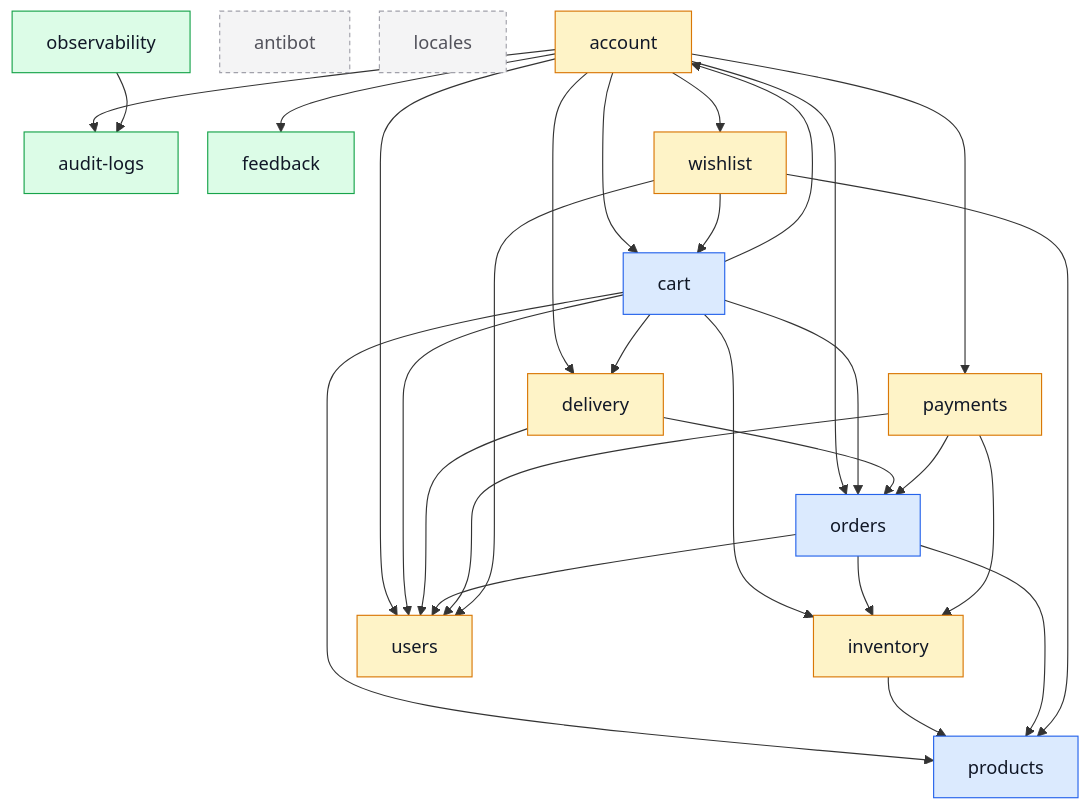
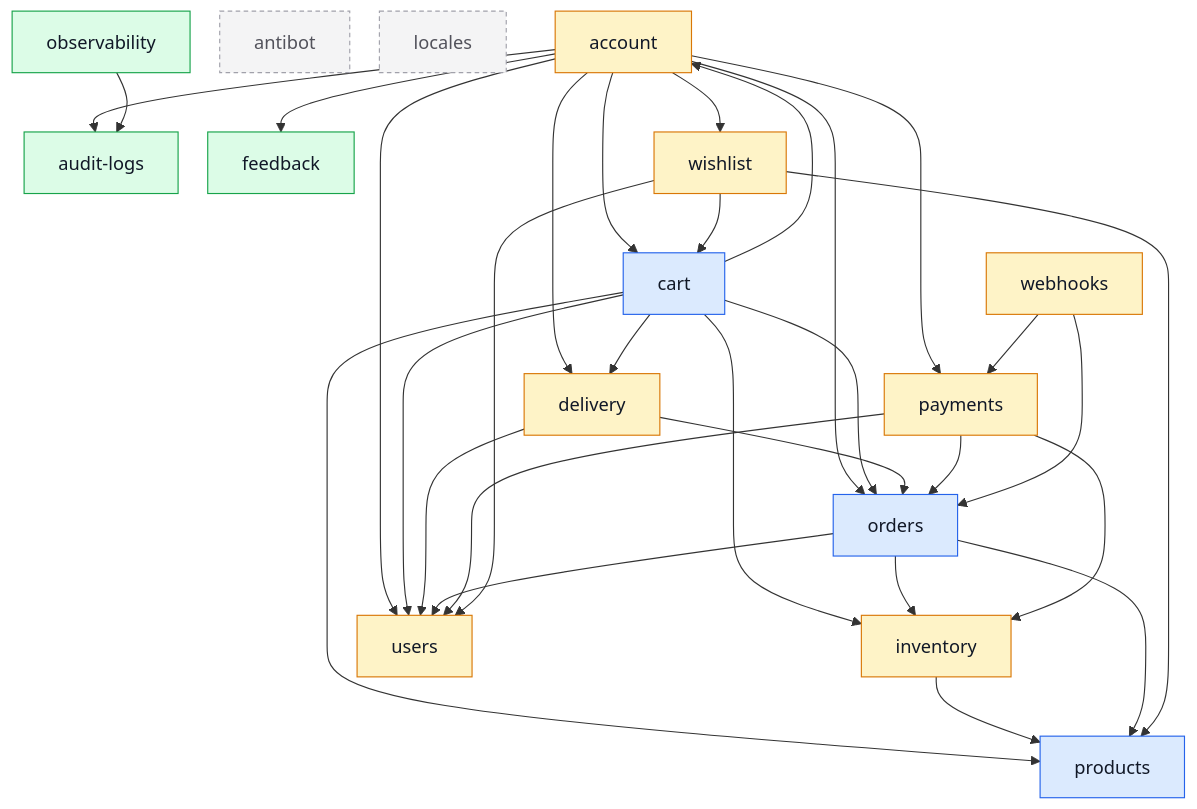
Before and after one commit to Guebbit/boilerplate-node-backend: the diagram in docs/modules/index.md, drawn with Mermaid. The commit also changed other lines of this file and 71 other files, not shown here.

First line of the commit message:
feat(webhooks): add outbound webhook delivery

````diff
--- a/docs/modules/index.md
+++ b/docs/modules/index.md
@@ -40,55 +40,58 @@
 ```mermaid
 %%{init: {'flowchart': {'nodeSpacing': 26, 'rankSpacing': 52}}}%%
 flowchart TD
     account
     antibot
     audit_logs["audit-logs"]
     cart
     delivery
     feedback
     inventory
     locales
     observability
     orders
     payments
     products
     users
+    webhooks
     wishlist
 
     account --> audit_logs
     account --> cart
     account --> delivery
     account --> feedback
     account --> orders
     account --> payments
     account --> users
     account --> wishlist
     cart --> account
     cart --> delivery
     cart --> inventory
     cart --> orders
     cart --> products
     cart --> users
     delivery --> orders
     delivery --> users
     inventory --> products
     observability --> audit_logs
     orders --> inventory
     orders --> products
     orders --> users
     payments --> inventory
     payments --> orders
     payments --> users
+    webhooks --> orders
+    webhooks --> payments
     wishlist --> cart
     wishlist --> products
     wishlist --> users
 
     classDef core fill:#dbeafe,stroke:#2563eb,color:#111827;
     classDef supporting fill:#fef3c7,stroke:#d97706,color:#111827;
     classDef generic fill:#dcfce7,stroke:#16a34a,color:#111827;
     classDef isolated fill:#f4f4f5,stroke:#a1a1aa,color:#52525b,stroke-dasharray:4 3;
     class cart,orders,products core;
-    class account,delivery,inventory,payments,users,wishlist supporting;
+    class account,delivery,inventory,payments,users,webhooks,wishlist supporting;
     class audit_logs,feedback,observability generic;
     class antibot,locales isolated;
 ```
````
